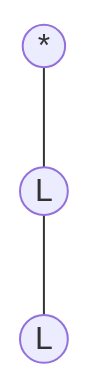
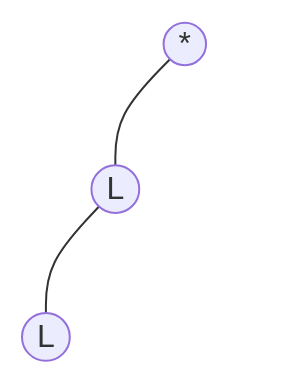
One commit to Leoliu83/chapter2 changed the fourth of 29 diagrams in algorithm/document/tree/binary_tree.md. Above: the diagram before and after it, drawn with Mermaid. The commit also changed other lines of this file and 41 other files, not shown here.

````diff
--- a/algorithm/document/tree/binary_tree.md
+++ b/algorithm/document/tree/binary_tree.md
@@ -57,7 +57,18 @@
 ```mermaid
 graph TB
 A((*))
 B((L))
 C((L))
-A---B---C
+empty1(( ))
+empty2(( ))
+A---B
+A---empty1
+B---C
+B---empty2
+
+linkStyle 1 stroke:transparent
+style empty1 stroke:transparent,fill:transparent
+
+linkStyle 3 stroke:transparent
+style empty2 stroke:transparent,fill:transparent
 ```
````
